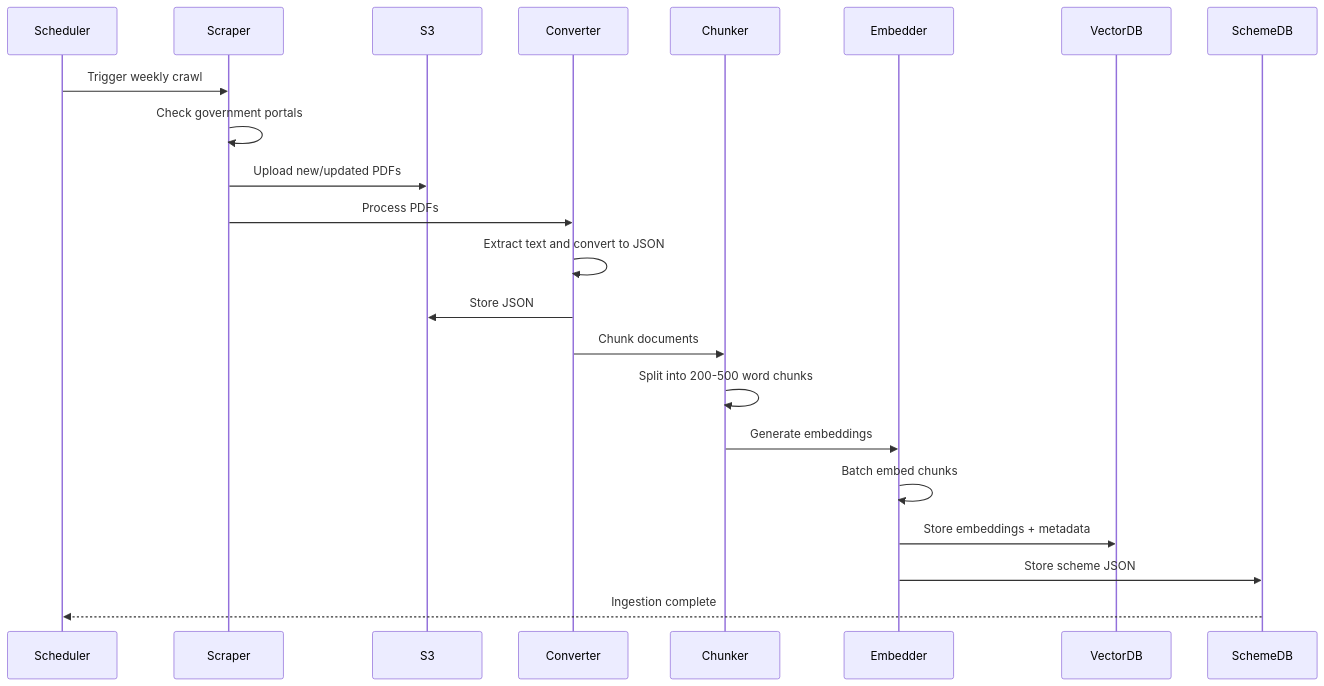
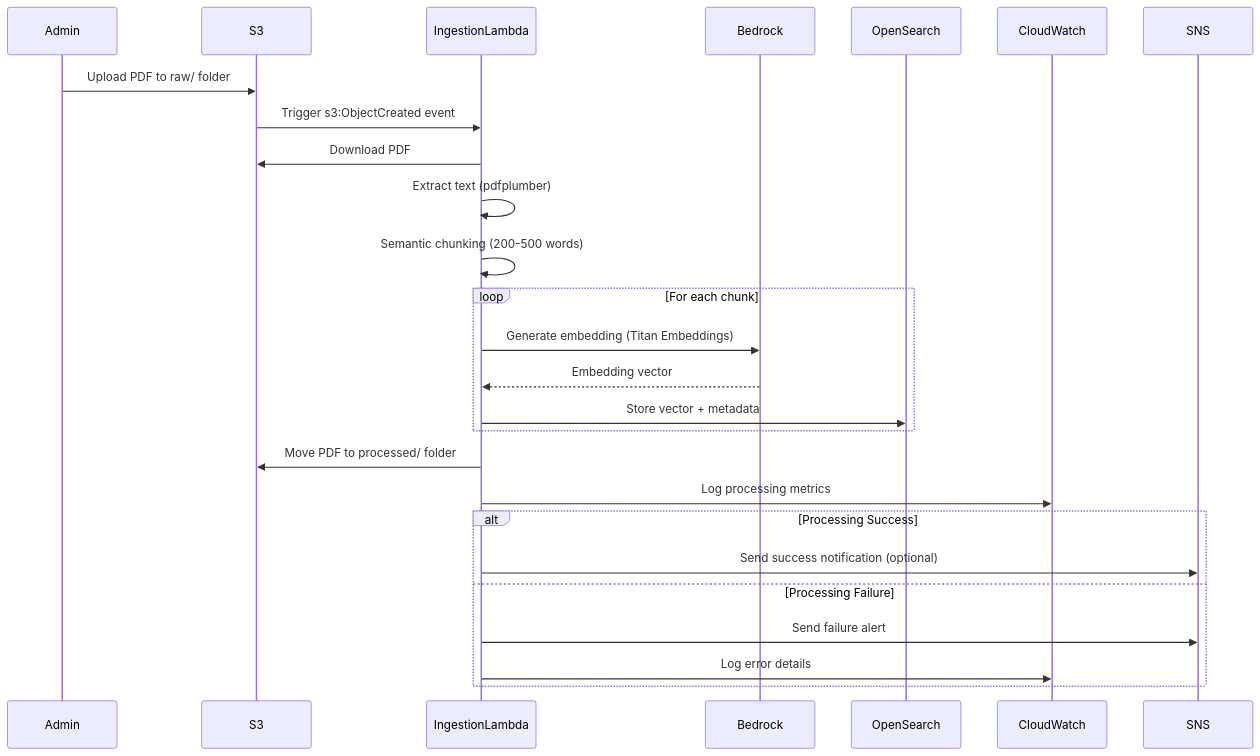
Before and after one commit to RishiYogi/ai-for-bharat-multilingual-scheme-assistant: the fourth of 6 diagrams in design.md, drawn with Mermaid. The commit also changed other lines of this file and 5 other files, not shown here.

````diff
--- a/design.md
+++ b/design.md
@@ -288,25 +781,29 @@
 ```mermaid
 sequenceDiagram
-    participant Scheduler
-    participant Scraper
+    participant Admin
     participant S3
-    participant Converter
-    participant Chunker
-    participant Embedder
-    participant VectorDB
-    participant SchemeDB
+    participant IngestionLambda
+    participant Bedrock
+    participant OpenSearch
+    participant CloudWatch
+    participant SNS
     
-    Scheduler->>Scraper: Trigger weekly crawl
-    Scraper->>Scraper: Check government portals
-    Scraper->>S3: Upload new/updated PDFs
-    Scraper->>Converter: Process PDFs
-    Converter->>Converter: Extract text and convert to JSON
-    Converter->>S3: Store JSON
-    Converter->>Chunker: Chunk documents
-    Chunker->>Chunker: Split into 200-500 word chunks
-    Chunker->>Embedder: Generate embeddings
-    Embedder->>Embedder: Batch embed chunks
-    Embedder->>VectorDB: Store embeddings + metadata
-    Embedder->>SchemeDB: Store scheme JSON
-    SchemeDB-->>Scheduler: Ingestion complete
+    Admin->>S3: Upload PDF to raw/ folder
+    S3->>IngestionLambda: Trigger s3:ObjectCreated event
+    IngestionLambda->>S3: Download PDF
+    IngestionLambda->>IngestionLambda: Extract text (pdfplumber)
+    IngestionLambda->>IngestionLambda: Semantic chunking (200-500 words)
+    loop For each chunk
+        IngestionLambda->>Bedrock: Generate embedding (Titan Embeddings)
+        Bedrock-->>IngestionLambda: Embedding vector
+        IngestionLambda->>OpenSearch: Store vector + metadata
+    end
+    IngestionLambda->>S3: Move PDF to processed/ folder
+    IngestionLambda->>CloudWatch: Log processing metrics
+    alt Processing Success
+        IngestionLambda->>SNS: Send success notification (optional)
+    else Processing Failure
+        IngestionLambda->>SNS: Send failure alert
+        IngestionLambda->>CloudWatch: Log error details
+    end
 ```
````
